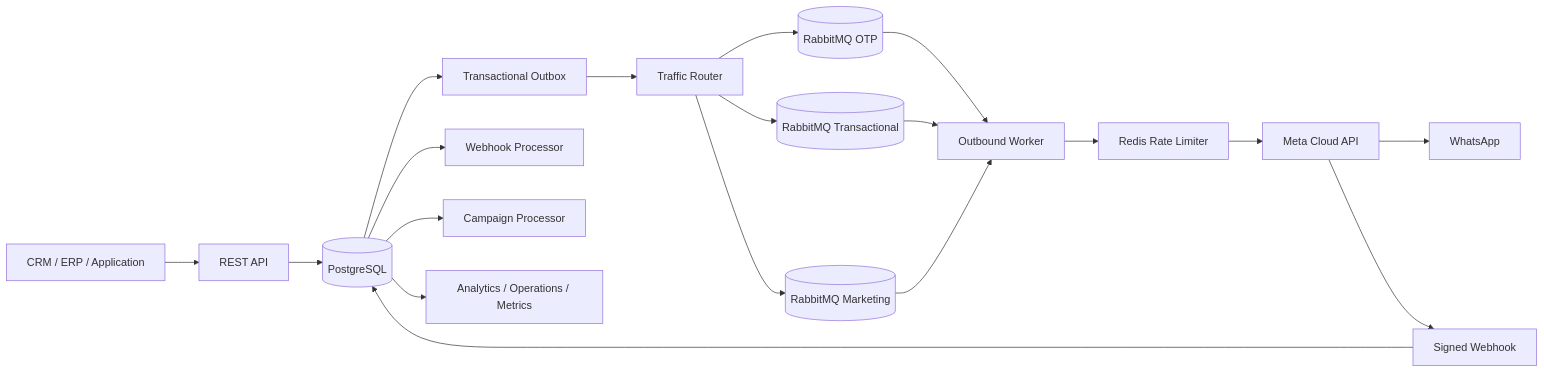
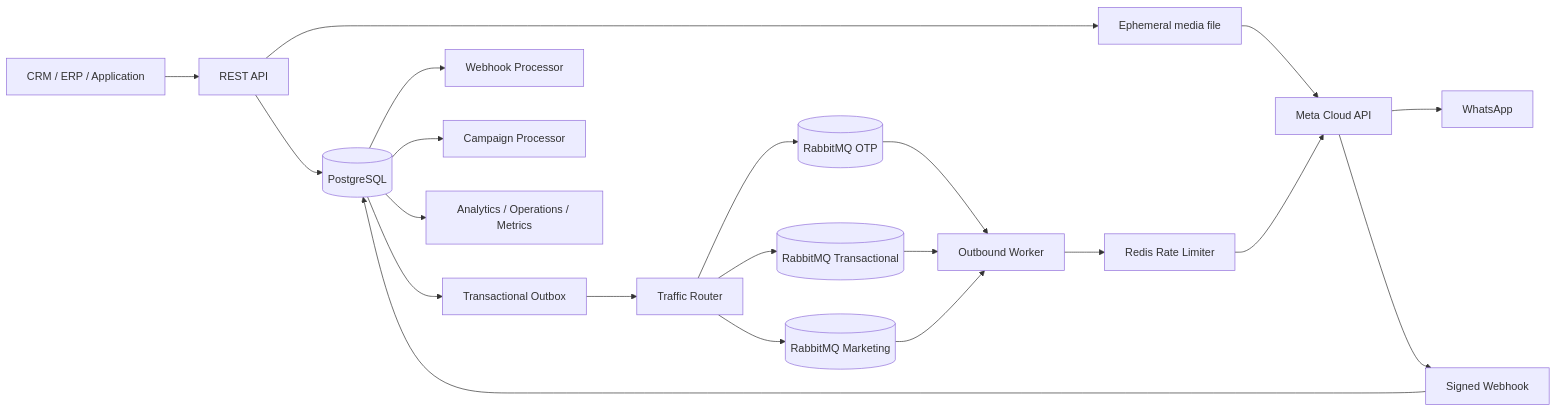
Before and after one commit to netctc/apiWhatsApp: the diagram in README.md, drawn with Mermaid. The commit also changed other lines of this file, not shown here.

Commit message:
docs: document 0.17.0 Meta media upload

````diff
--- a/README.md
+++ b/README.md
@@ -40,21 +41,23 @@
 ```mermaid
 flowchart LR
     Client[CRM / ERP / Application] --> API[REST API]
     API --> DB[(PostgreSQL)]
+    API --> Temp[Ephemeral media file]
+    Temp --> Meta[Meta Cloud API]
     DB --> Outbox[Transactional Outbox]
     Outbox --> Router[Traffic Router]
     Router --> OTP[(RabbitMQ OTP)]
     Router --> TX[(RabbitMQ Transactional)]
     Router --> MKT[(RabbitMQ Marketing)]
     OTP --> Worker[Outbound Worker]
     TX --> Worker
     MKT --> Worker
     Worker --> Rate[Redis Rate Limiter]
-    Rate --> Meta[Meta Cloud API]
+    Rate --> Meta
     Meta --> WhatsApp[WhatsApp]
     Meta --> Webhook[Signed Webhook]
     Webhook --> DB
     DB --> WebhookProcessor[Webhook Processor]
     DB --> CampaignProcessor[Campaign Processor]
     DB --> Analytics[Analytics / Operations / Metrics]
 ```
````
